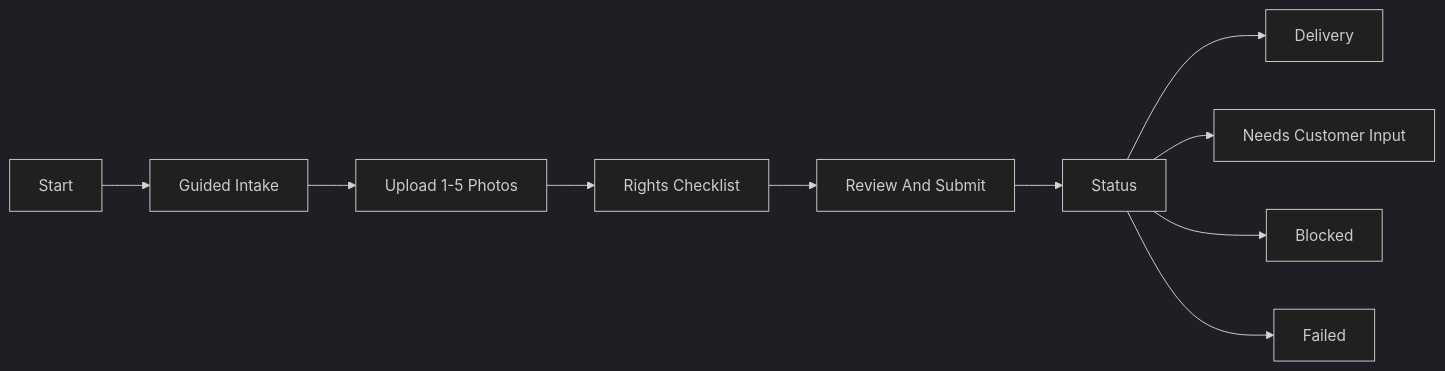
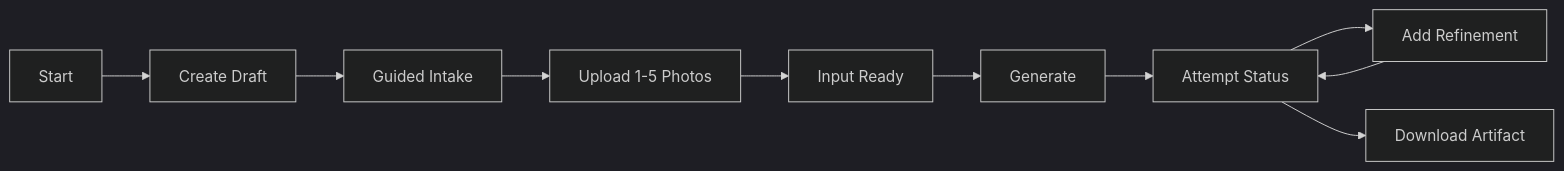
One commit to tongking6/ai-artist changed the diagram in docs/ai-artist/lld/milestone-1-lld-01-website-intake-status-delivery.md. Above: the diagram before and after it, drawn with Mermaid (dark theme). The commit also changed other lines of this file and 5 other files, not shown here.

````diff
--- a/docs/ai-artist/lld/milestone-1-lld-01-website-intake-status-delivery.md
+++ b/docs/ai-artist/lld/milestone-1-lld-01-website-intake-status-delivery.md
@@ -42,12 +44,12 @@
 ```mermaid
 flowchart LR
-  Start["Start"] --> Intake["Guided Intake"]
+  Start["Start"] --> Draft["Create Draft"]
+  Draft --> Intake["Guided Intake"]
   Intake --> Upload["Upload 1-5 Photos"]
-  Upload --> Rights["Rights Checklist"]
-  Rights --> Review["Review And Submit"]
-  Review --> Status["Status"]
-  Status --> Delivery["Delivery"]
-  Status --> NeedsInput["Needs Customer Input"]
-  Status --> Blocked["Blocked"]
-  Status --> Failed["Failed"]
+  Upload --> Ready["Input Ready"]
+  Ready --> Generate["Generate"]
+  Generate --> Status["Attempt Status"]
+  Status --> Refine["Add Refinement"]
+  Refine --> Status
+  Status --> Delivery["Download Artifact"]
 ```
````
